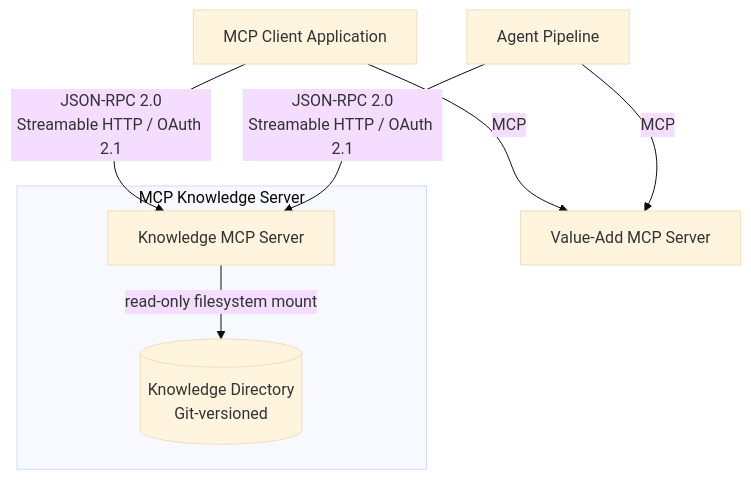
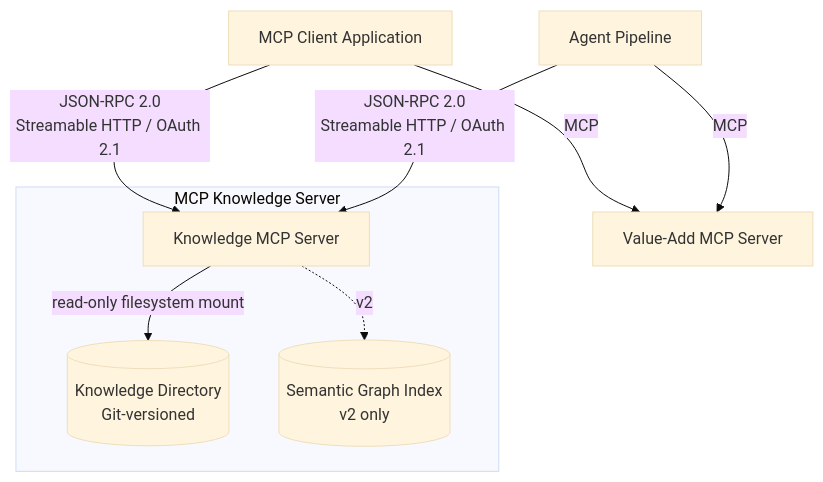
Before and after one commit to M-A-Operating-System/shared-work: the diagram in docs/product/knowledge/01_overview.md, drawn with Mermaid (base theme).

Commit message:
docs(knowledge): add Semantic Graph Index to system context diagram (v2)
Shows the pgvector/semantic index as a v2-only component inside the
Knowledge Server boundary, connected with a dashed arrow.

https://claude.ai/code/session_01CYjqpWt1v2JhCDuDBEJCSM

````diff
--- a/docs/product/knowledge/01_overview.md
+++ b/docs/product/knowledge/01_overview.md
@@ -58,17 +58,19 @@
 ```mermaid
 graph TD
     A[MCP Client Application]
     B[Agent Pipeline]
     C[Value-Add MCP Server]
 
     subgraph KS["MCP Knowledge Server"]
         K[Knowledge MCP Server]
         D[(Knowledge Directory\nGit-versioned)]
+        V[(Semantic Graph Index\nv2 only)]
         K -->|read-only filesystem mount| D
+        K -. v2 .-> V
     end
 
     A -->|JSON-RPC 2.0\nStreamable HTTP / OAuth 2.1| K
     A -->|MCP| C
     B -->|JSON-RPC 2.0\nStreamable HTTP / OAuth 2.1| K
     B -->|MCP| C
 ```
````
